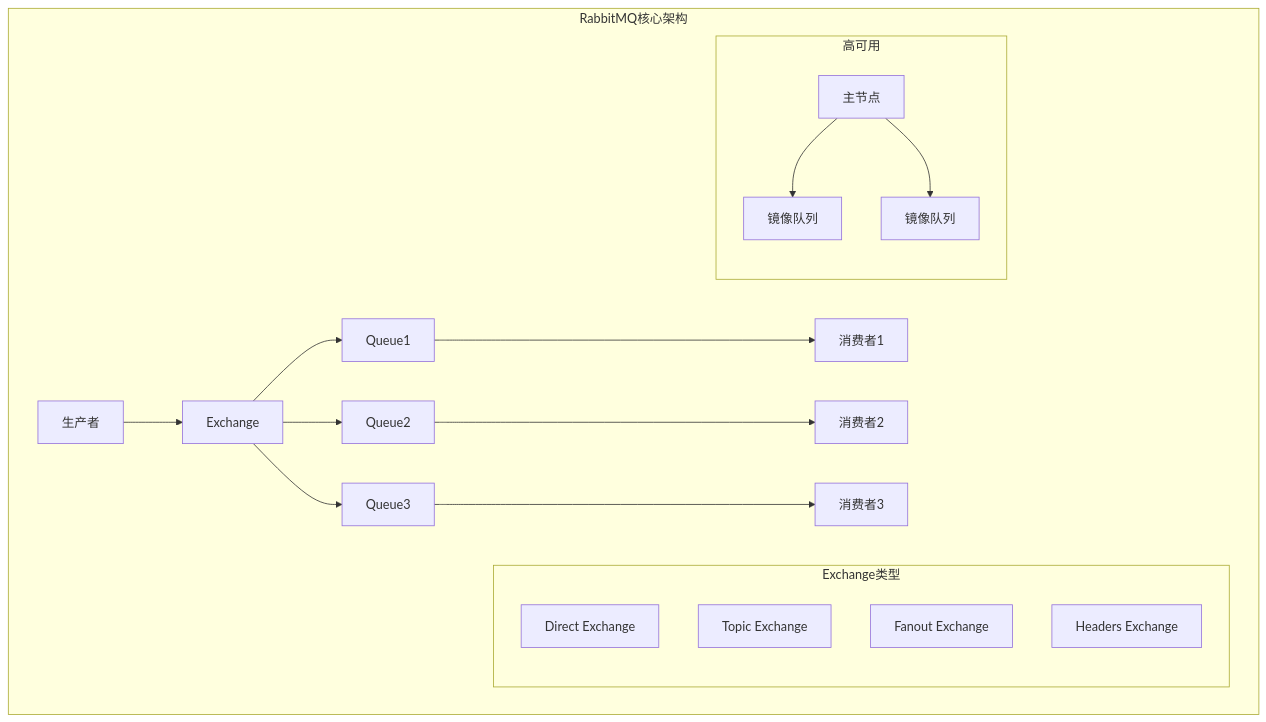
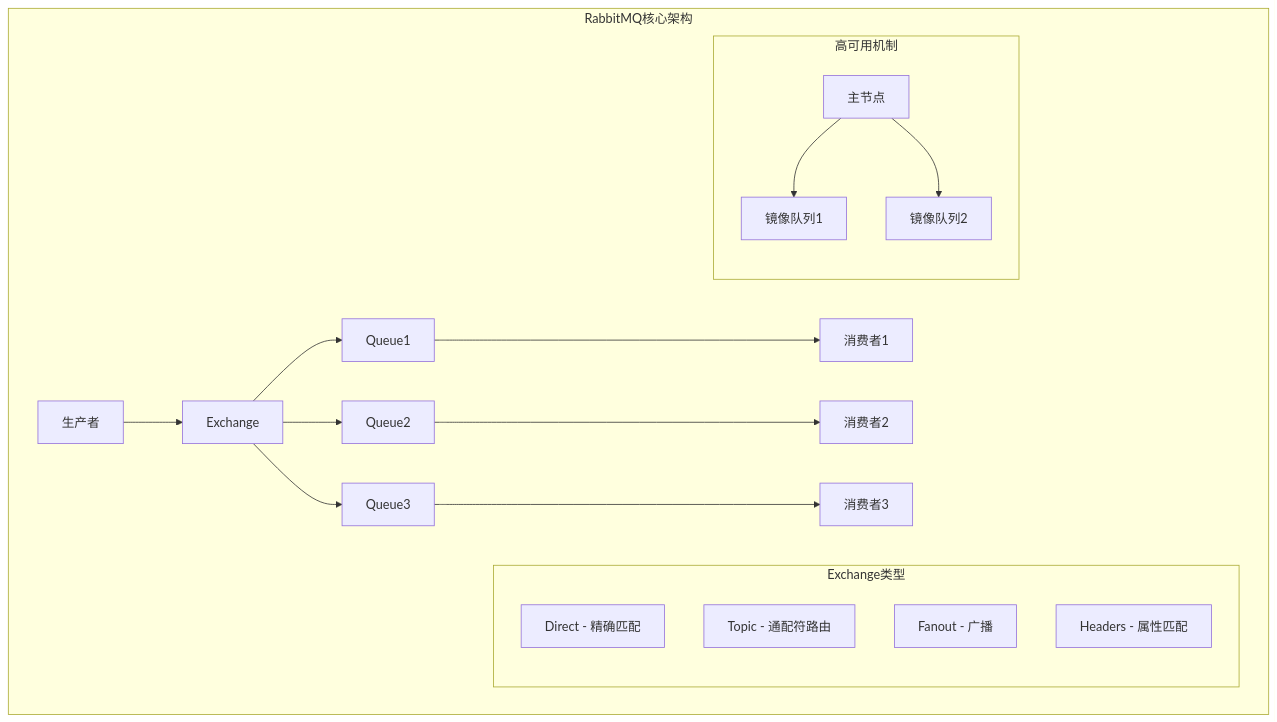
Before and after one commit to shawnfinelee/mq-mastery-guide: the first of 4 diagrams in 第七章-产品选型.md, drawn with Mermaid. The commit also changed other lines of this file and 1 other file, not shown here.

````diff
--- a/第七章-产品选型.md
+++ b/第七章-产品选型.md
@@ -21,25 +17,25 @@
 ```mermaid
 graph TB
     subgraph "RabbitMQ核心架构"
         A[生产者] --> B[Exchange]
         B --> C[Queue1]
         B --> D[Queue2] 
         B --> E[Queue3]
         
         C --> F[消费者1]
         D --> G[消费者2]
         E --> H[消费者3]
         
         subgraph "Exchange类型"
-            I[Direct Exchange]
-            J[Topic Exchange]
-            K[Fanout Exchange]
-            L[Headers Exchange]
+            I[Direct - 精确匹配]
+            J[Topic - 通配符路由]
+            K[Fanout - 广播]
+            L[Headers - 属性匹配]
         end
         
-        subgraph "高可用"
-            M[主节点] --> N[镜像队列]
-            M --> O[镜像队列]
+        subgraph "高可用机制"
+            M[主节点] --> N[镜像队列1]
+            M --> O[镜像队列2]
         end
     end
 ```
````
